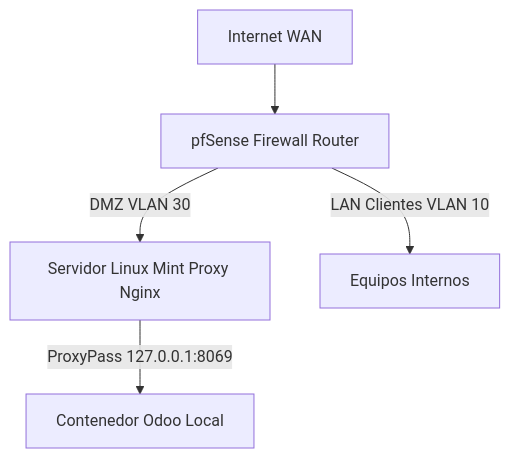
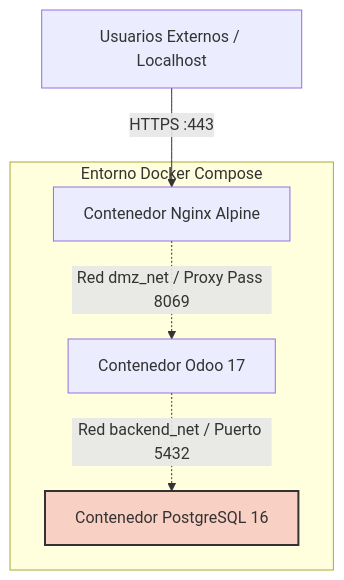
Before and after one commit to sandrafrv/TFG-Implantacion_Segura_y_Automatizada_de_Odoo: the diagram in README.md, drawn with Mermaid. The commit also changed other lines of this file, not shown here.

````diff
--- a/README.md
+++ b/README.md
@@ -30,7 +29,12 @@
 ```mermaid
 graph TD
-    WAN[Internet WAN] --> P[pfSense Firewall Router]
-    P --> |DMZ VLAN 30| N[Servidor Linux Mint Proxy Nginx]
-    N --> |ProxyPass 127.0.0.1:8069| Docker[Contenedor Odoo Local]
-    P --> |LAN Clientes VLAN 10| CLI[Equipos Internos]
+    WAN[Usuarios Externos / Localhost] --> |HTTPS :443| N[Contenedor Nginx Alpine]
+    
+    subgraph DOCKER_ENGINE [Entorno Docker Compose]
+        N -.->|Red dmz_net / Proxy Pass 8069| O[Contenedor Odoo 17]
+        O -.->|Red backend_net / Puerto 5432| DB[Contenedor PostgreSQL 16]
+    end
+    
+    classDef isolate fill:#f9d0c4,stroke:#333,stroke-width:2px;
+    class DB isolate;
 ```
````
